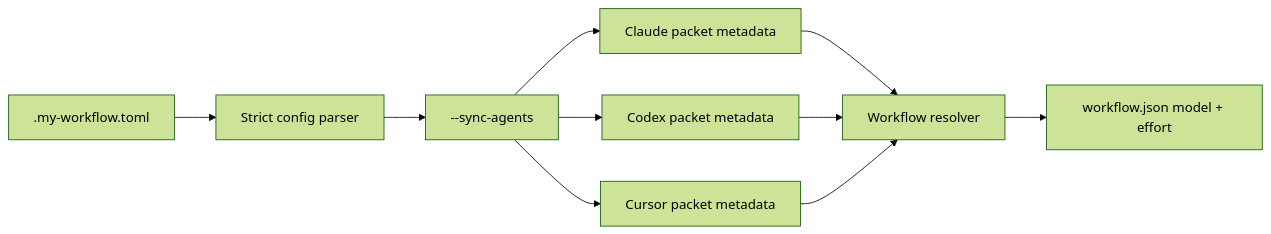
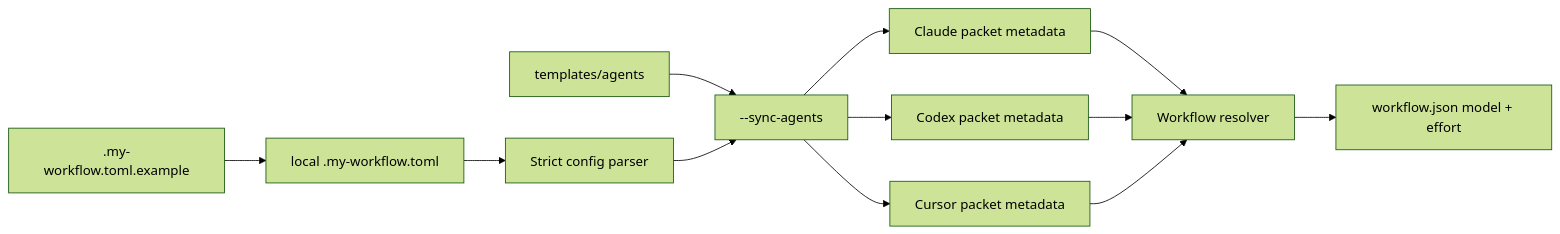
One commit to antoniofulg/my-workflow changed the diagram in .specs/features/agent-model-routing/design.md. Above: the diagram before and after it, drawn with Mermaid (forest theme). The commit also changed other lines of this file and 22 other files, not shown here.

Commit message:
refactor(config): separate agent templates from runtime

````diff
--- a/.specs/features/agent-model-routing/design.md
+++ b/.specs/features/agent-model-routing/design.md
@@ -13,12 +13,14 @@
 ```mermaid
 flowchart LR
-    C[.my-workflow.toml] --> V[Strict config parser]
+    E[.my-workflow.toml.example] --> C[local .my-workflow.toml]
+    T[templates/agents] --> S[--sync-agents]
+    C --> V[Strict config parser]
     V --> S[--sync-agents]
     S --> A[Claude packet metadata]
     S --> B[Codex packet metadata]
     S --> D[Cursor packet metadata]
     A --> R[Workflow resolver]
     B --> R
     D --> R
     R --> W[workflow.json model + effort]
 ```
````
